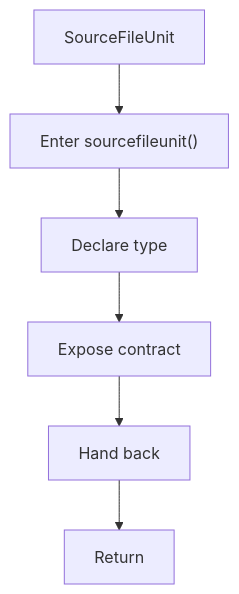
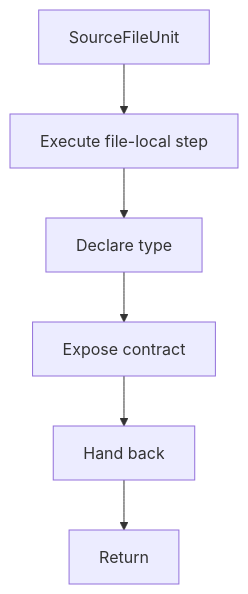
One commit to JohnAndrewBalbarosa/NeoTerritory changed the third of 5 diagrams in docs/Codebase/Microservice/Modules/Header/SyntacticBrokenAST/Analysis/Input/source_reader.hpp.md. Above: the diagram before and after it, drawn with Mermaid. The commit also changed other lines of this file and 925 other files, not shown here.

````diff
--- a/docs/Codebase/Microservice/Modules/Header/SyntacticBrokenAST/Analysis/Input/source_reader.hpp.md
+++ b/docs/Codebase/Microservice/Modules/Header/SyntacticBrokenAST/Analysis/Input/source_reader.hpp.md
@@ -98,14 +97,14 @@
 ```mermaid
 flowchart TD
     Start["SourceFileUnit"]
-    N0["Enter sourcefileunit()"]
+    N0["Execute file-local step"]
     N1["Declare type"]
     N2["Expose contract"]
     N3["Hand back"]
     End["Return"]
     Start --> N0
     N0 --> N1
     N1 --> N2
     N2 --> N3
     N3 --> End
 ```
````
